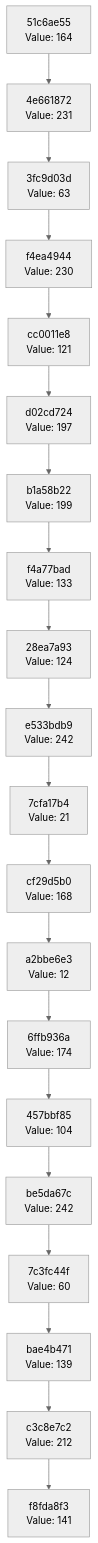
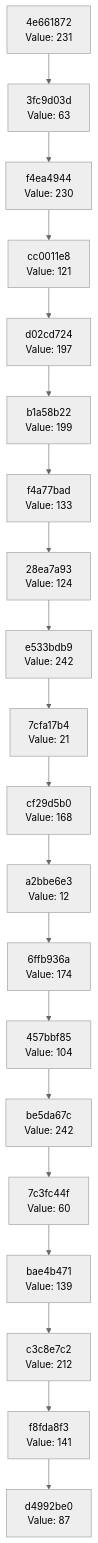
The diagram in docs/CHAIN_VISUALIZATION.md (Abhisheksinha1506/hash-chain-evolver), drawn with Mermaid (neutral theme) before and after one commit. The commit also changed 1 other file, not shown here.

Commit message:
Evolution step: hash 0x57 → action executed

````diff
--- a/docs/CHAIN_VISUALIZATION.md
+++ b/docs/CHAIN_VISUALIZATION.md
@@ -3,42 +3,42 @@
 ```mermaid
 graph TD
-    C0["f8fda8f3<br/>Value: 141"]
-    C1["c3c8e7c2<br/>Value: 212"]
+    C0["d4992be0<br/>Value: 87"]
+    C1["f8fda8f3<br/>Value: 141"]
     C1 --> C0
-    C2["bae4b471<br/>Value: 139"]
+    C2["c3c8e7c2<br/>Value: 212"]
     C2 --> C1
-    C3["7c3fc44f<br/>Value: 60"]
+    C3["bae4b471<br/>Value: 139"]
     C3 --> C2
-    C4["be5da67c<br/>Value: 242"]
+    C4["7c3fc44f<br/>Value: 60"]
     C4 --> C3
-    C5["457bbf85<br/>Value: 104"]
+    C5["be5da67c<br/>Value: 242"]
     C5 --> C4
-    C6["6ffb936a<br/>Value: 174"]
+    C6["457bbf85<br/>Value: 104"]
     C6 --> C5
-    C7["a2bbe6e3<br/>Value: 12"]
+    C7["6ffb936a<br/>Value: 174"]
     C7 --> C6
-    C8["cf29d5b0<br/>Value: 168"]
+    C8["a2bbe6e3<br/>Value: 12"]
     C8 --> C7
-    C9["7cfa17b4<br/>Value: 21"]
+    C9["cf29d5b0<br/>Value: 168"]
     C9 --> C8
-    C10["e533bdb9<br/>Value: 242"]
+    C10["7cfa17b4<br/>Value: 21"]
     C10 --> C9
-    C11["28ea7a93<br/>Value: 124"]
+    C11["e533bdb9<br/>Value: 242"]
     C11 --> C10
-    C12["f4a77bad<br/>Value: 133"]
+    C12["28ea7a93<br/>Value: 124"]
     C12 --> C11
-    C13["b1a58b22<br/>Value: 199"]
+    C13["f4a77bad<br/>Value: 133"]
     C13 --> C12
-    C14["d02cd724<br/>Value: 197"]
+    C14["b1a58b22<br/>Value: 199"]
     C14 --> C13
-    C15["cc0011e8<br/>Value: 121"]
+    C15["d02cd724<br/>Value: 197"]
     C15 --> C14
-    C16["f4ea4944<br/>Value: 230"]
+    C16["cc0011e8<br/>Value: 121"]
     C16 --> C15
-    C17["3fc9d03d<br/>Value: 63"]
+    C17["f4ea4944<br/>Value: 230"]
     C17 --> C16
-    C18["4e661872<br/>Value: 231"]
+    C18["3fc9d03d<br/>Value: 63"]
     C18 --> C17
-    C19["51c6ae55<br/>Value: 164"]
+    C19["4e661872<br/>Value: 231"]
     C19 --> C18
 ```
````
